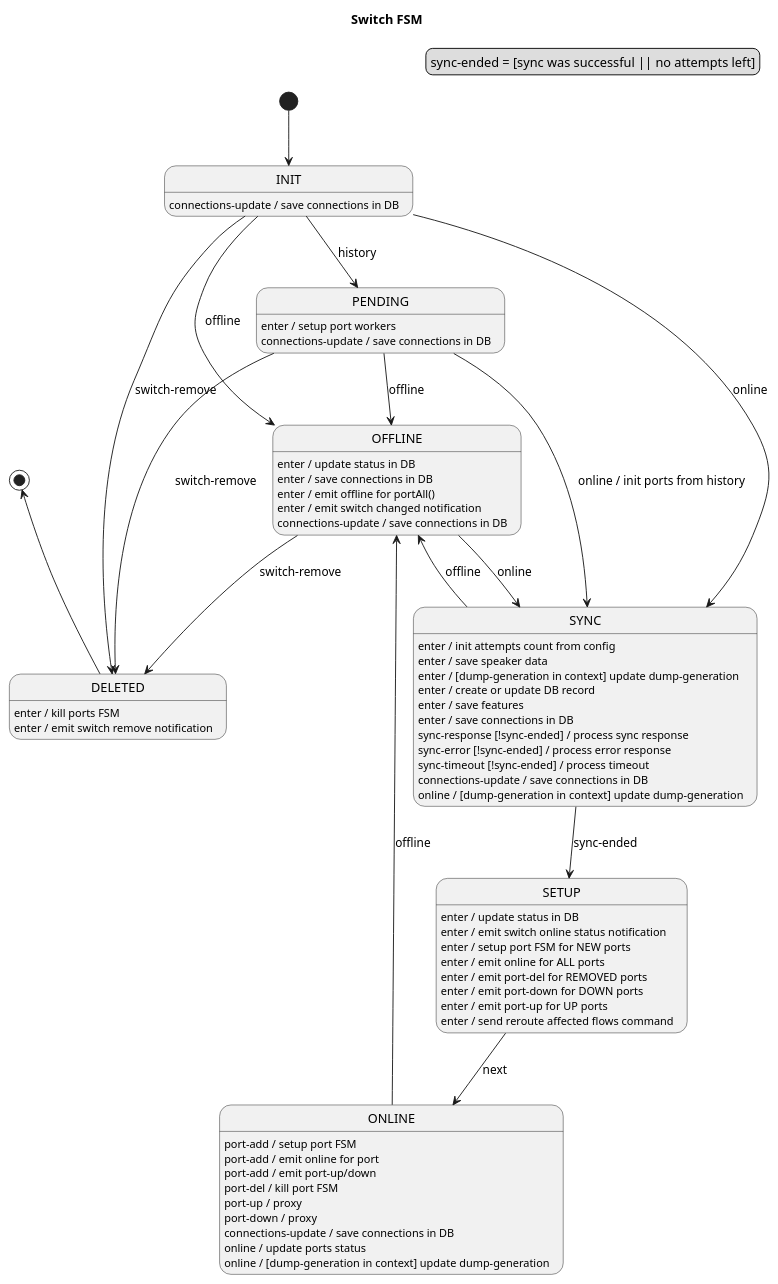
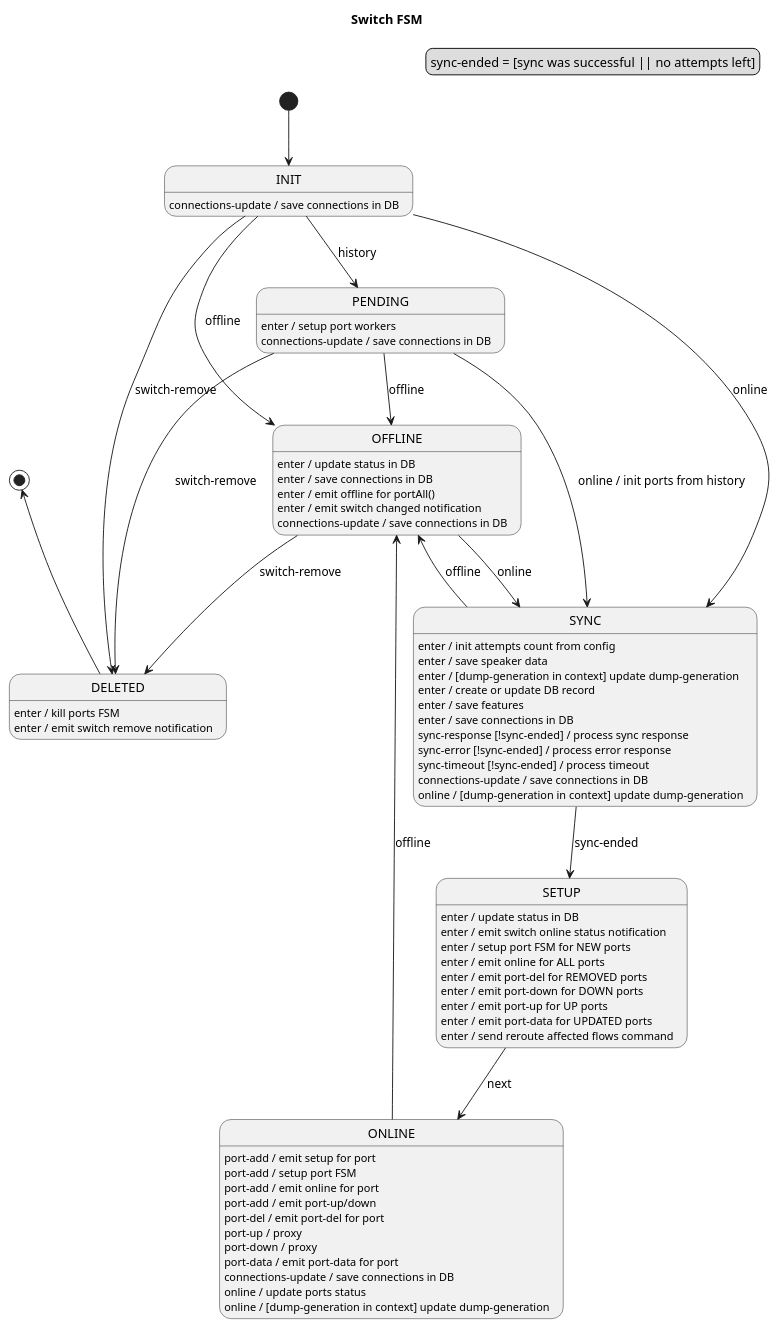
Before and after one commit to telstra/open-kilda: the diagram in docs/design/network-discovery/switch-FSM.puml, drawn with PlantUML. The commit also changed other lines of this file and 51 other files, not shown here.

```diff
--- a/docs/design/network-discovery/switch-FSM.puml
+++ b/docs/design/network-discovery/switch-FSM.puml
@@ -23,69 +25,72 @@
 @startuml
 title Switch FSM
 
 legend top right
     sync-ended = [sync was successful || no attempts left]
 endlegend
 
 [*] --> INIT
 
 INIT --> SYNC : online
 INIT --> PENDING : history
 INIT --> OFFLINE : offline
 INIT --> DELETED : switch-remove
 INIT : connections-update / save connections in DB
 
 PENDING : enter / setup port workers
 PENDING --> SYNC : online / init ports from history
 PENDING --> OFFLINE : offline
 PENDING --> DELETED : switch-remove
 PENDING : connections-update / save connections in DB
 
 SYNC : enter / init attempts count from config
 SYNC : enter / save speaker data
 SYNC : enter / [dump-generation in context] update dump-generation
 SYNC : enter / create or update DB record
 SYNC : enter / save features
 SYNC : enter / save connections in DB
 SYNC : sync-response [!sync-ended] / process sync response
 SYNC : sync-error [!sync-ended] / process error response
 SYNC : sync-timeout [!sync-ended] / process timeout
 SYNC : connections-update / save connections in DB
 SYNC : online / [dump-generation in context] update dump-generation
 SYNC --> SETUP : sync-ended
 SYNC -r-> OFFLINE : offline
 
 SETUP : enter / update status in DB
 SETUP : enter / emit switch online status notification
 SETUP : enter / setup port FSM for NEW ports
 SETUP : enter / emit online for ALL ports
 SETUP : enter / emit port-del for REMOVED ports
 SETUP : enter / emit port-down for DOWN ports
 SETUP : enter / emit port-up for UP ports
+SETUP : enter / emit port-data for UPDATED ports
 SETUP : enter / send reroute affected flows command
 SETUP --> ONLINE : next
 
+ONLINE : port-add / emit setup for port
 ONLINE : port-add / setup port FSM
 ONLINE : port-add / emit online for port
 ONLINE : port-add / emit port-up/down
-ONLINE : port-del / kill port FSM
+ONLINE : port-del / emit port-del for port
 ONLINE : port-up / proxy
 ONLINE : port-down / proxy
+ONLINE : port-data / emit port-data for port
 ONLINE : connections-update / save connections in DB
 ONLINE : online / update ports status
 ONLINE : online / [dump-generation in context] update dump-generation
 ONLINE --> OFFLINE : offline
 
 OFFLINE : enter / update status in DB
 OFFLINE : enter / save connections in DB
 OFFLINE : enter / emit offline for portAll()
 OFFLINE : enter / emit switch changed notification
 OFFLINE : connections-update / save connections in DB
 OFFLINE --> SYNC : online
 OFFLINE --> DELETED: switch-remove
 
 DELETED : enter / kill ports FSM
 DELETED : enter / emit switch remove notification
 DELETED -u-> [*]
 
 @enduml
```
